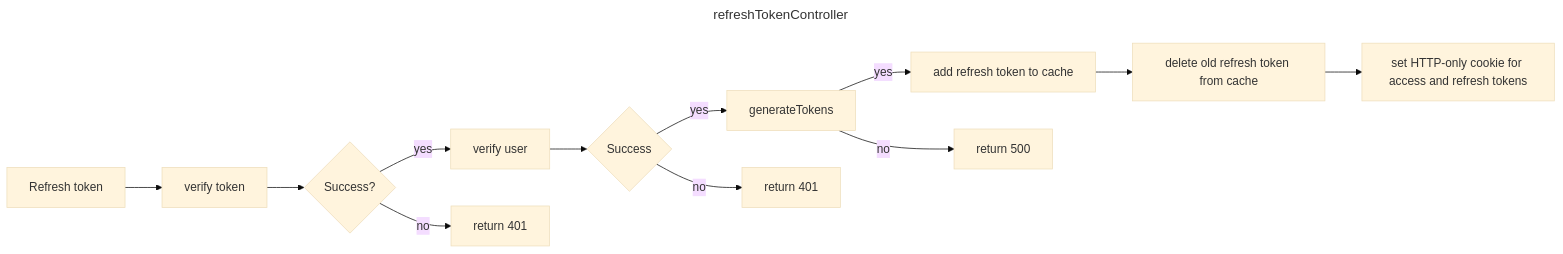
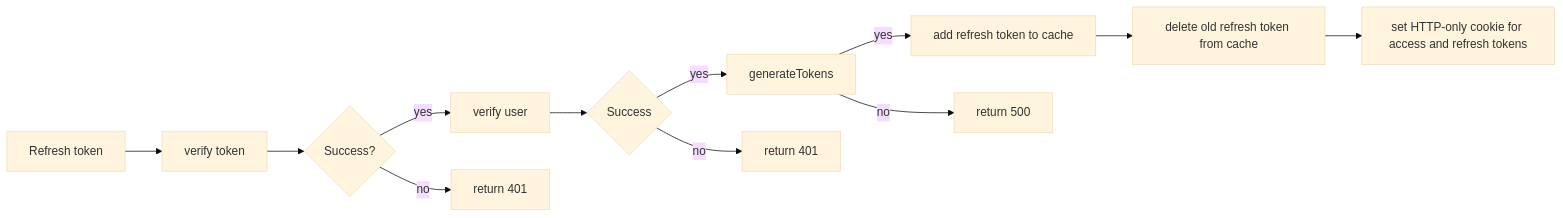
One commit to CDLUC3/dmsp_backend_prototype changed the fourth of 5 diagrams in README.md. Above: the diagram before and after it, drawn with Mermaid (base theme). The commit also changed other lines of this file and 1 other file, not shown here.

````diff
--- a/README.md
+++ b/README.md
@@ -74,18 +103,14 @@
 ```mermaid
----
-title: refreshTokenController
----
-
 flowchart LR;
   a[Refresh token]-->b[verify token];
   b-->c{Success?};
   c-->|yes| d[verify user]
   c-->|no| e[return 401]
   d-->f{Success}
   f-->|yes| g[generateTokens]
   f-->|no| h[return 401]
   g-->|yes| i[add refresh token to cache]
   i-->j[delete old refresh token from cache]
   j-->k[set HTTP-only cookie for access and refresh tokens]
   g-->|no| l[return 500]
 ```
````
